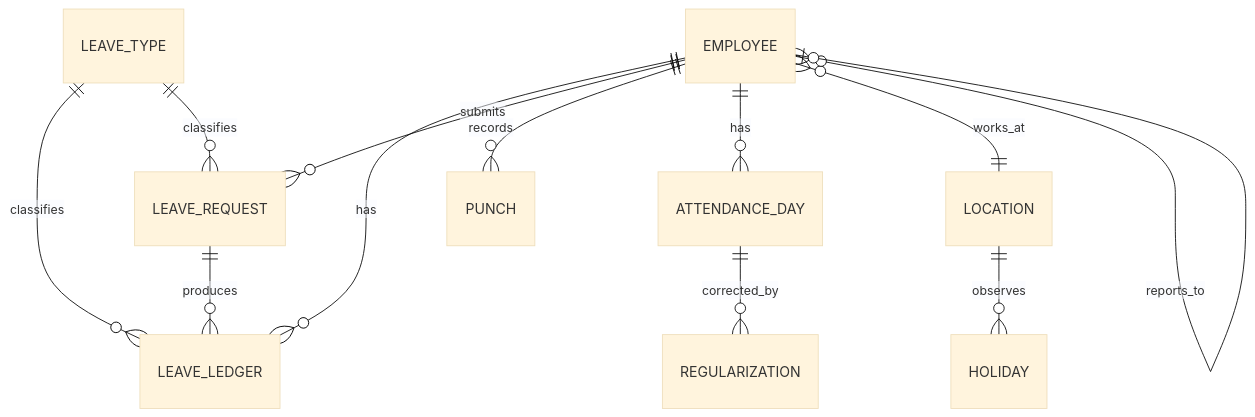
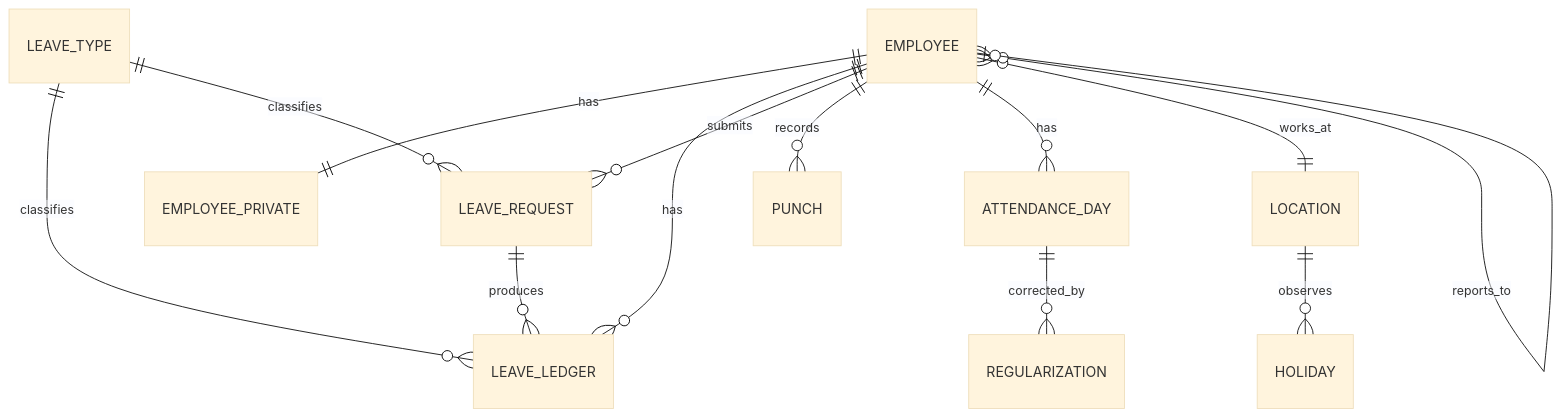
One commit to josejrestrada/HRMS changed the third of 3 diagrams in ARCHITECTURE.md. Above: the diagram before and after it, drawn with Mermaid (base theme). The commit also changed other lines of this file and 2 other files, not shown here.

Commit message:
Add CLAUDE.md, align ARCHITECTURE.md to Next.js/Supabase/Clerk stack, add decision log

````diff
--- a/ARCHITECTURE.md
+++ b/ARCHITECTURE.md
@@ -88,14 +91,15 @@
 ```mermaid
 erDiagram
+    EMPLOYEE ||--|| EMPLOYEE_PRIVATE : has
     EMPLOYEE ||--o{ LEAVE_LEDGER : has
     EMPLOYEE ||--o{ LEAVE_REQUEST : submits
     EMPLOYEE ||--o{ PUNCH : records
     EMPLOYEE ||--o{ ATTENDANCE_DAY : has
     EMPLOYEE }o--|| LOCATION : works_at
     EMPLOYEE }o--o| EMPLOYEE : reports_to
     LOCATION ||--o{ HOLIDAY : observes
     LEAVE_TYPE ||--o{ LEAVE_LEDGER : classifies
     LEAVE_TYPE ||--o{ LEAVE_REQUEST : classifies
     LEAVE_REQUEST ||--o{ LEAVE_LEDGER : produces
     ATTENDANCE_DAY ||--o{ REGULARIZATION : corrected_by
 ```
````
